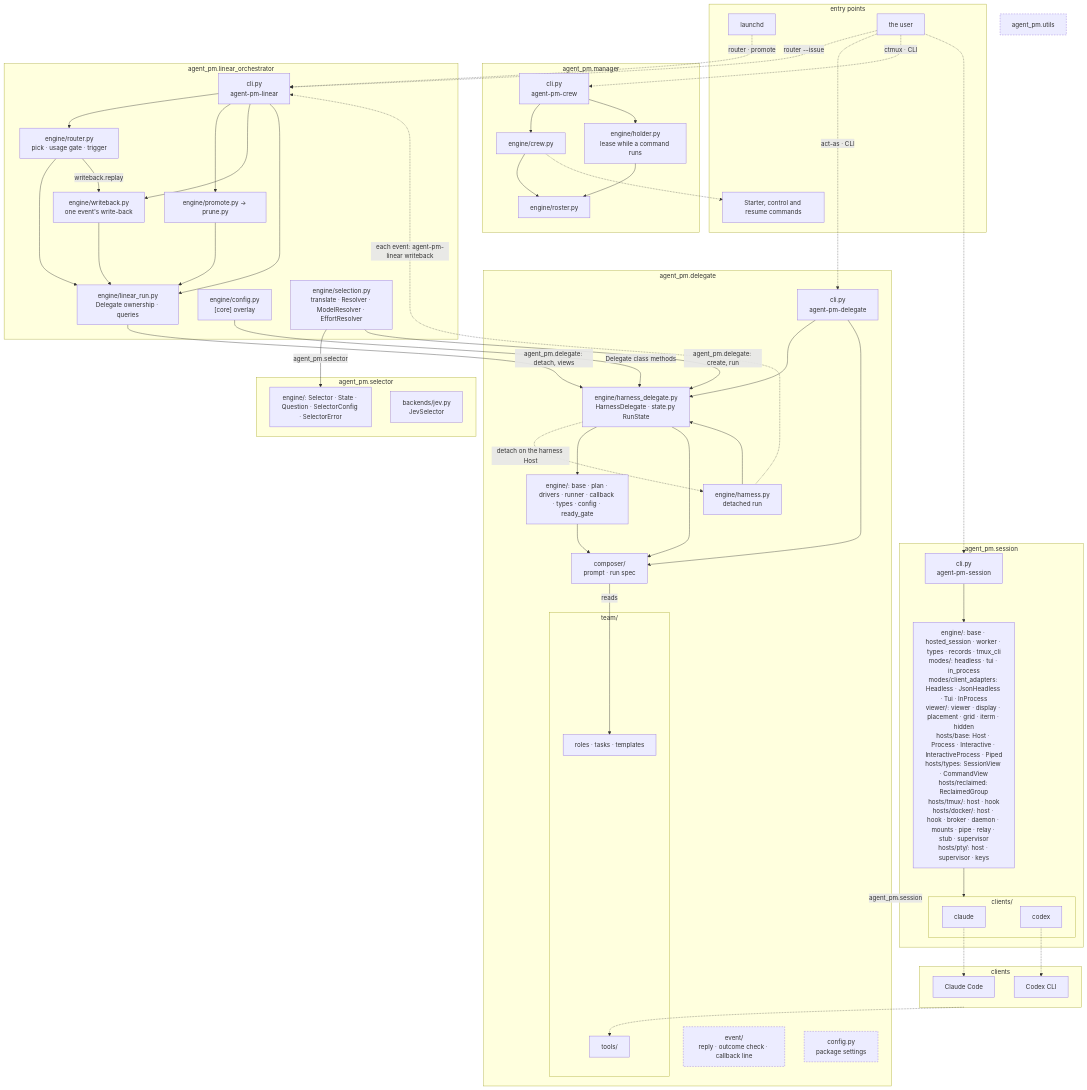
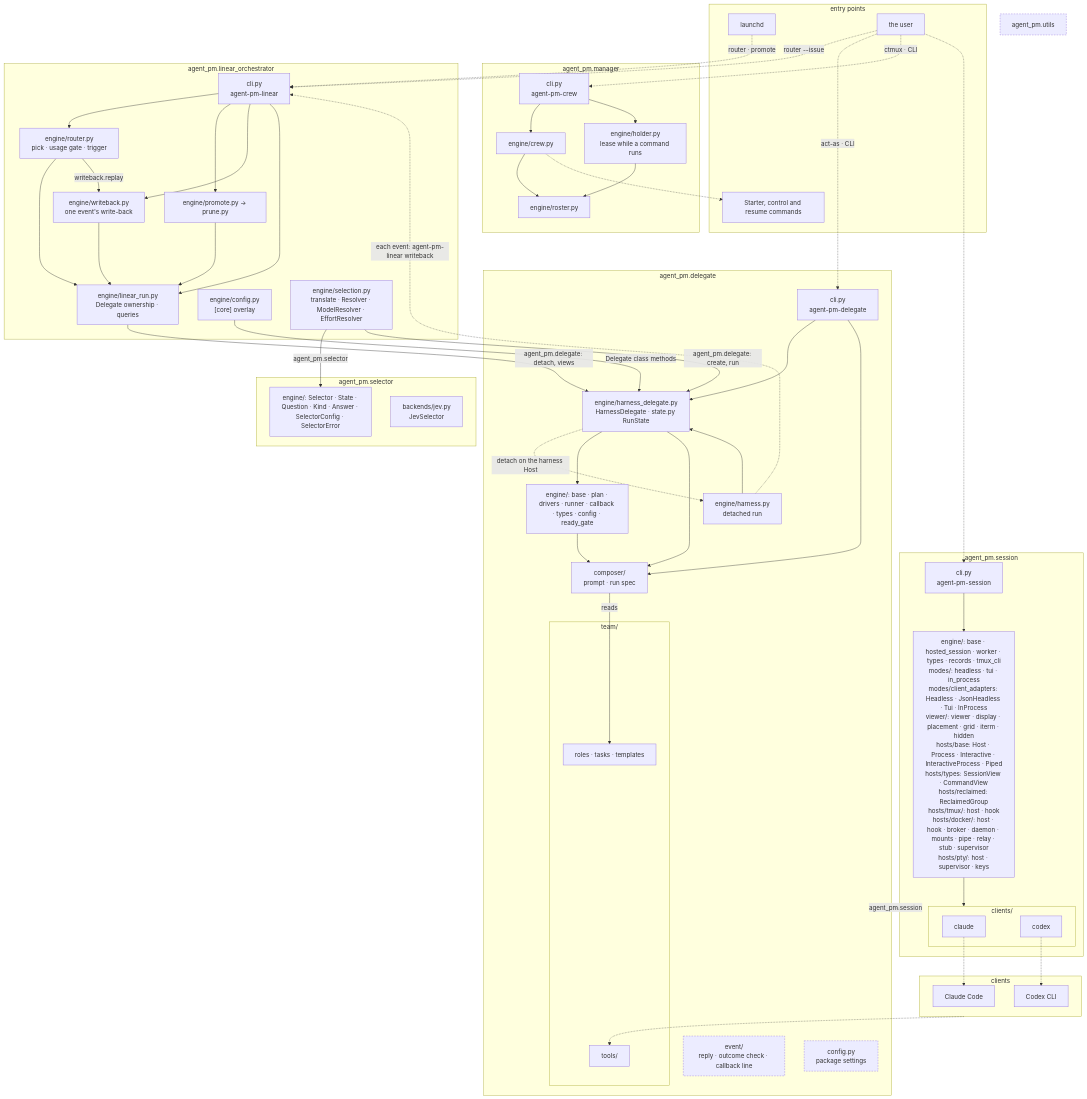
The first of 2 diagrams in docs/architecture.md (ophis/agent-pm), drawn with Mermaid before and after one commit. The commit also changed other lines of this file and 25 other files, not shown here.

````diff
--- a/docs/architecture.md
+++ b/docs/architecture.md
@@ -5,79 +5,79 @@
 ```mermaid
 flowchart TB
   subgraph EN[entry points]
     LD[launchd]
     HU[the user]
     CC[Starter, control and resume commands]
   end
   subgraph MG[agent_pm.manager]
     MC["cli.py<br>agent-pm-crew"] --> W["engine/crew.py"] --> RS["engine/roster.py"]
     MC --> HO["engine/holder.py<br>lease while a command runs"] --> RS
   end
   subgraph LO[agent_pm.linear_orchestrator]
     LCLI["cli.py<br>agent-pm-linear"]
     R["engine/router.py<br>pick · usage gate · trigger"]
     LR["engine/linear_run.py<br>Delegate ownership · queries"]
     WB["engine/writeback.py<br>one event's write-back"]
     PP["engine/promote.py → prune.py"]
     LC["engine/config.py<br>[core] overlay"]
     SL["engine/selection.py<br>translate · Resolver · ModelResolver · EffortResolver"]
   end
   subgraph SR[agent_pm.selector]
-    SS["engine/: Selector · State · Question · SelectorConfig · SelectorError"]
+    SS["engine/: Selector · State · Question · Kind · Answer · SelectorConfig · SelectorError"]
     SJ["backends/jev.py<br>JevSelector"]
   end
   subgraph DL[agent_pm.delegate]
     D["cli.py<br>agent-pm-delegate"]
     HD["engine/harness_delegate.py<br>HarnessDelegate · state.py RunState"]
     H["engine/harness.py<br>detached run"]
     E["engine/: base · plan · drivers · runner · callback · types · config · ready_gate"]
     C["composer/<br>prompt · run spec"]
     EV["event/<br>reply · outcome check · callback line"]
     CF["config.py<br>package settings"]
     subgraph TM[team/]
       T["roles · tasks · templates"]
       AT[tools/]
     end
   end
   subgraph SE[agent_pm.session]
     SC["cli.py<br>agent-pm-session"]
     DR["engine/: base · hosted_session · worker · types · records · tmux_cli<br>modes/: headless · tui · in_process<br>modes/client_adapters: Headless · JsonHeadless · Tui · InProcess<br>viewer/: viewer · display · placement · grid · iterm · hidden<br>hosts/base: Host · Process · Interactive · InteractiveProcess · Piped<br>hosts/types: SessionView · CommandView<br>hosts/reclaimed: ReclaimedGroup<br>hosts/tmux/: host · hook<br>hosts/docker/: host · hook · broker · daemon · mounts · pipe · relay · stub · supervisor<br>hosts/pty/: host · supervisor · keys"]
     subgraph AD[clients/]
       CL[claude]
       CX[codex]
     end
   end
   U[agent_pm.utils]
   subgraph RT[clients]
     P1[Claude Code]
     P2[Codex CLI]
   end
   LD -.->|"router · promote"| LCLI
   HU -.->|"router --issue"| LCLI
   HU -.->|"act-as · CLI"| D
   HU -.->|"ctmux · CLI"| MC
   HU -.-> SC
   SC --> DR
   LCLI --> R & PP & WB & LR
   R & PP & WB --> LR
   R -->|"writeback.replay"| WB
   LR -->|"agent_pm.delegate: detach, views"| HD
   H -.->|"each event: agent-pm-linear writeback"| LCLI
   LC -->|"Delegate class methods"| HD
   SL -->|"agent_pm.selector"| SS
   SL -->|"agent_pm.delegate: create, run"| HD
   W -.-> CC
   D & H --> HD
   D --> C
   HD -.->|"detach on the harness Host"| H
   HD --> E & C
   E --> C
   DL -->|agent_pm.session| SE
   C -->|reads| T
   DR --> AD
   CL -.-> P1
   CX -.-> P2
   RT -.-> AT
   classDef shared stroke-dasharray: 4 3
   class EV,U,CF shared
 ```
````
